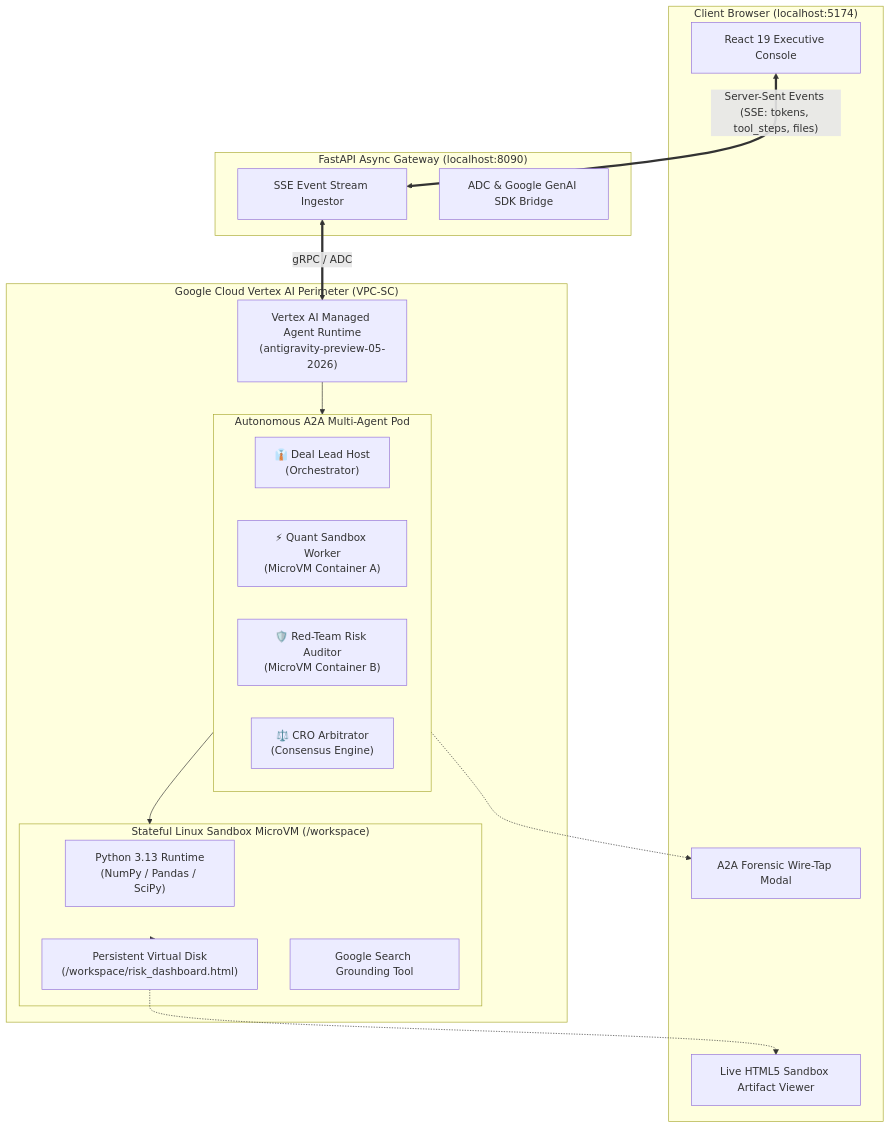
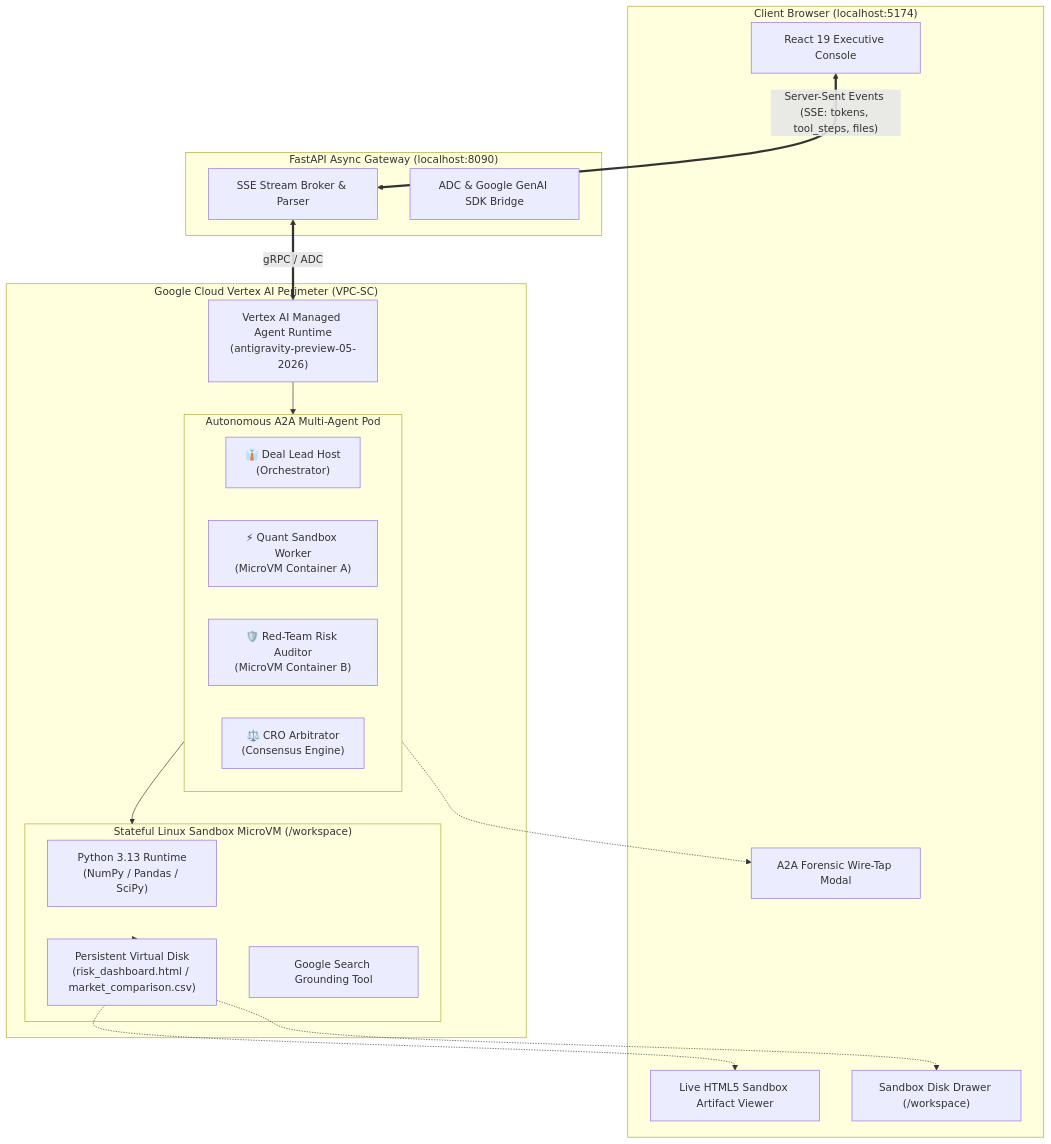
Before and after one commit to jchavezar/vertex-ai-samples: the diagram in antigravity-sandbox-chat/README.md, drawn with Mermaid. The commit also changed other lines of this file and 6 other files, not shown here.

Commit message:
docs(managed-agents): enhance README with EBC visual walkthrough, screenshots, standalone demo HTML, and architecture topology

````diff
--- a/antigravity-sandbox-chat/README.md
+++ b/antigravity-sandbox-chat/README.md
@@ -40,38 +105,40 @@
 ```mermaid
 flowchart TD
     subgraph Client ["Client Browser (localhost:5174)"]
         UI["React 19 Executive Console"]
         WireTap["A2A Forensic Wire-Tap Modal"]
         IframeViewer["Live HTML5 Sandbox Artifact Viewer"]
+        DiskDrawer["Sandbox Disk Drawer (/workspace)"]
     end
 
     subgraph Backend ["FastAPI Async Gateway (localhost:8090)"]
-        SSEBroker["SSE Event Stream Ingestor"]
+        SSEBroker["SSE Stream Broker & Parser"]
         AuthBridge["ADC & Google GenAI SDK Bridge"]
     end
 
     subgraph VertexCloud ["Google Cloud Vertex AI Perimeter (VPC-SC)"]
         GAOS["Vertex AI Managed Agent Runtime\n(antigravity-preview-05-2026)"]
         
         subgraph Pod ["Autonomous A2A Multi-Agent Pod"]
             A1["👔 Deal Lead Host\n(Orchestrator)"]
             A2["⚡ Quant Sandbox Worker\n(MicroVM Container A)"]
             A3["🛡️ Red-Team Risk Auditor\n(MicroVM Container B)"]
             A4["⚖️ CRO Arbitrator\n(Consensus Engine)"]
         end
 
         subgraph SandboxMicroVM ["Stateful Linux Sandbox MicroVM (/workspace)"]
             PyKernel["Python 3.13 Runtime\n(NumPy / Pandas / SciPy)"]
-            DiskStorage["Persistent Virtual Disk\n(/workspace/risk_dashboard.html)"]
+            DiskStorage["Persistent Virtual Disk\n(risk_dashboard.html / market_comparison.csv)"]
             SearchTool["Google Search Grounding Tool"]
         end
     end
 
     UI <== "Server-Sent Events (SSE: tokens, tool_steps, files)" ==> SSEBroker
     SSEBroker <== "gRPC / ADC" ==> GAOS
     GAOS --> Pod
     Pod --> SandboxMicroVM
     SandboxMicroVM --> DiskStorage
     DiskStorage -.-> IframeViewer
+    DiskStorage -.-> DiskDrawer
     Pod -.-> WireTap
 ```
````
